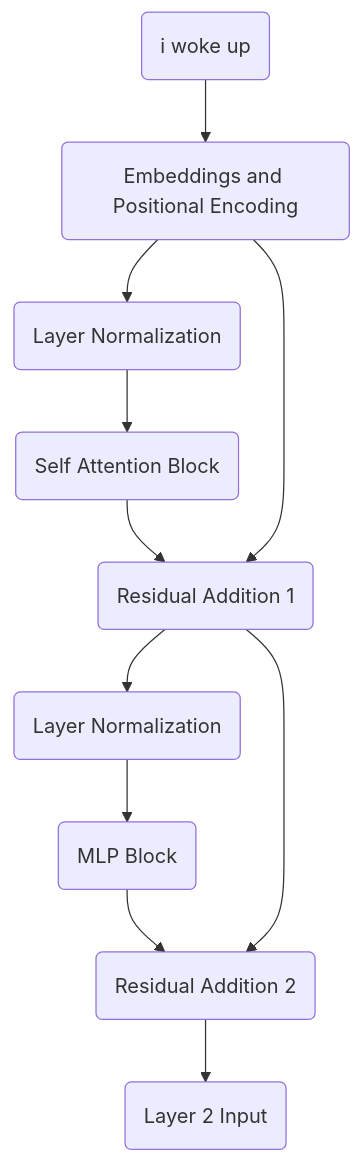
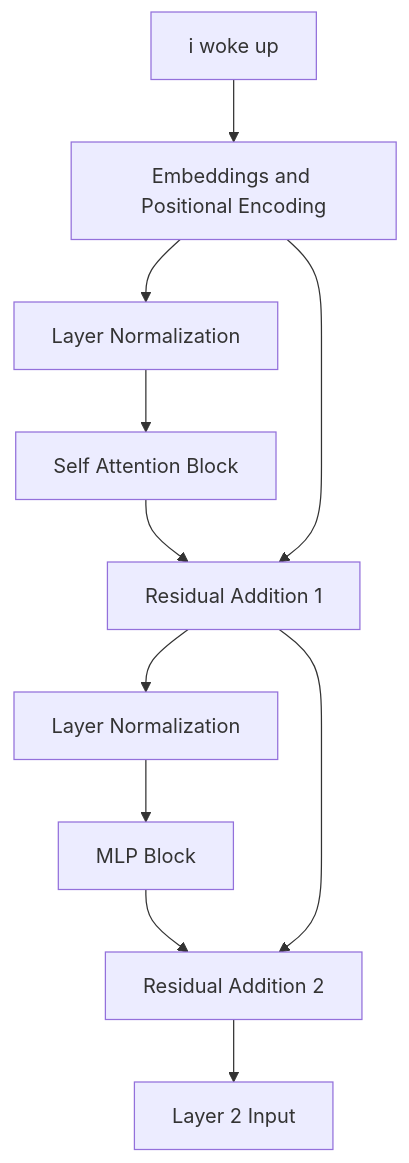
One commit to Lyd1aCla1r3/lyd1acla1r3.github.io changed the diagram in blog/content/series/transformers/chapter_12.md. Above: the diagram before and after it, drawn with Mermaid. The commit also changed other lines of this file and 114 other files, not shown here.

````diff
--- a/blog/content/series/transformers/chapter_12.md
+++ b/blog/content/series/transformers/chapter_12.md
@@ -77,13 +109,13 @@
 ```mermaid
 graph TD
-    A("<BOS> i woke up") --> B("Embeddings and Positional Encoding")
-    B --> C("Layer Normalization")
-    C --> D("Self Attention Block")
-    D --> E("Residual Addition 1")
+    A["<BOS> i woke up"] --> B["Embeddings and Positional Encoding"]
+    B --> C["Layer Normalization"]
+    C --> D["Self Attention Block"]
+    D --> E["Residual Addition 1"]
     B --> E
-    E --> F("Layer Normalization")
-    F --> G("MLP Block")
-    G --> H("Residual Addition 2")
+    E --> F["Layer Normalization"]
+    F --> G["MLP Block"]
+    G --> H["Residual Addition 2"]
     E --> H
-    H --> I("Layer 2 Input")
+    H --> I["Layer 2 Input"]
 ```
````
